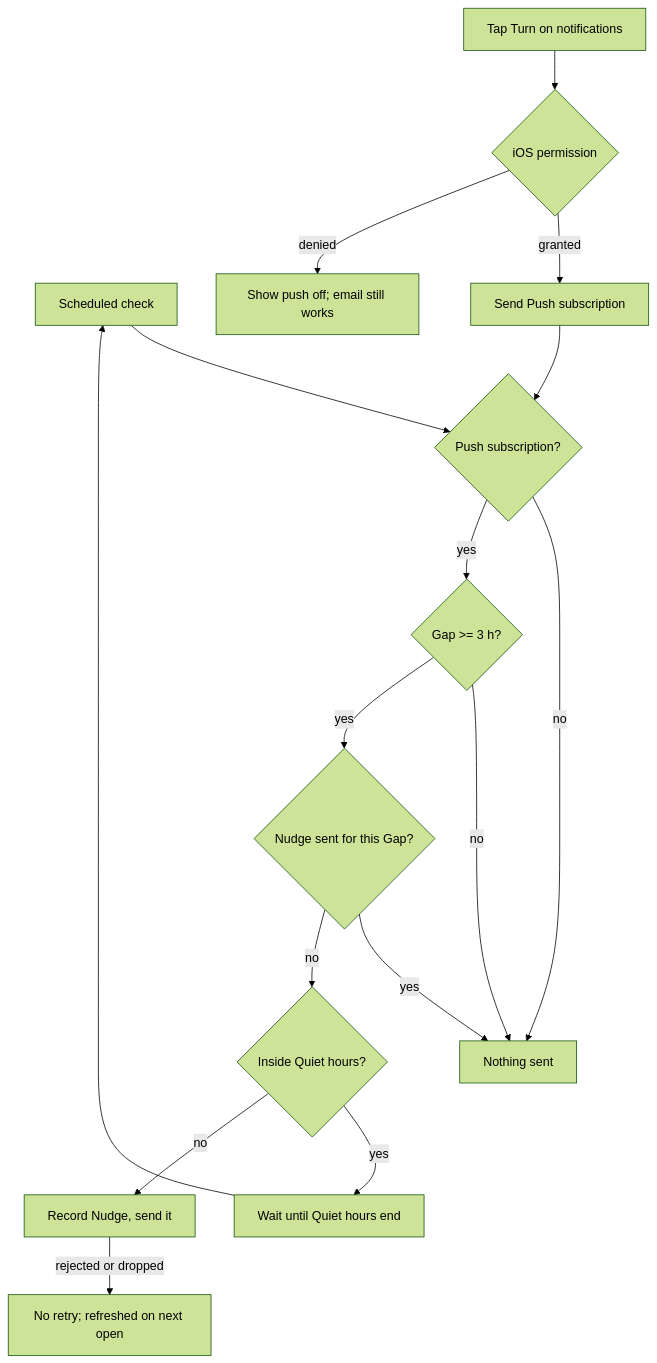
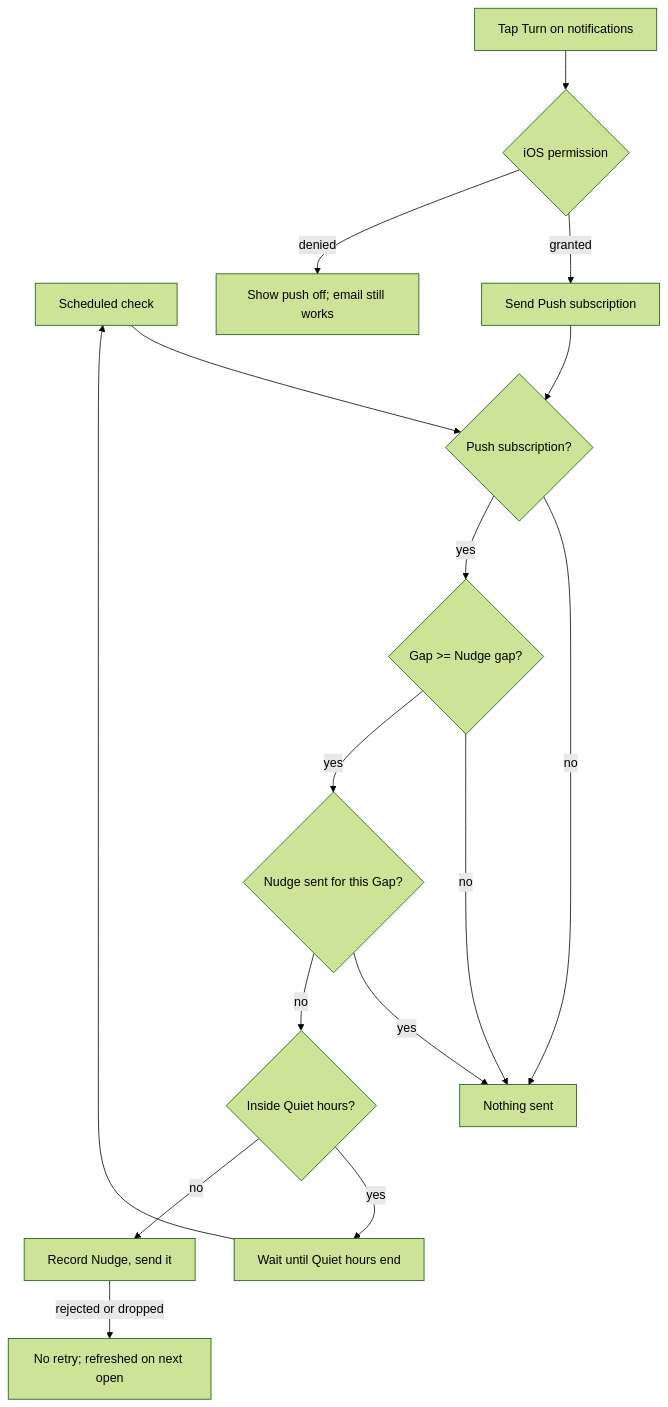
One commit to bachtly/daily-kaizen changed the fifth of 6 diagrams in docs/design/2026-11-06-mvp/02-requirements.md. Above: the diagram before and after it, drawn with Mermaid (forest theme). The commit also changed other lines of this file and 4 other files, not shown here.

Commit message:
docs: make the Nudge gap a setting (1-12 hours, default 3)

````diff
--- a/docs/design/2026-11-06-mvp/02-requirements.md
+++ b/docs/design/2026-11-06-mvp/02-requirements.md
@@ -168,16 +169,16 @@
 ```mermaid
 flowchart TD
   J[Scheduled check] --> SUB{Push subscription?}
   SUB -- no --> NO[Nothing sent]
-  SUB -- yes --> GP{Gap >= 3 h?}
+  SUB -- yes --> GP{Gap >= Nudge gap?}
   GP -- no --> NO
   GP -- yes --> SENT{Nudge sent for this Gap?}
   SENT -- yes --> NO
   SENT -- no --> QH{Inside Quiet hours?}
   QH -- yes --> WAIT[Wait until Quiet hours end] --> J
   QH -- no --> PUSH[Record Nudge, send it]
   PUSH -- rejected or dropped --> DEAD["No retry; refreshed on next open"]
   EN[Tap Turn on notifications] --> PERM{iOS permission}
   PERM -- granted --> SUBS[Send Push subscription] --> SUB
   PERM -- denied --> OFF["Show push off; email still works"]
 ```
````
